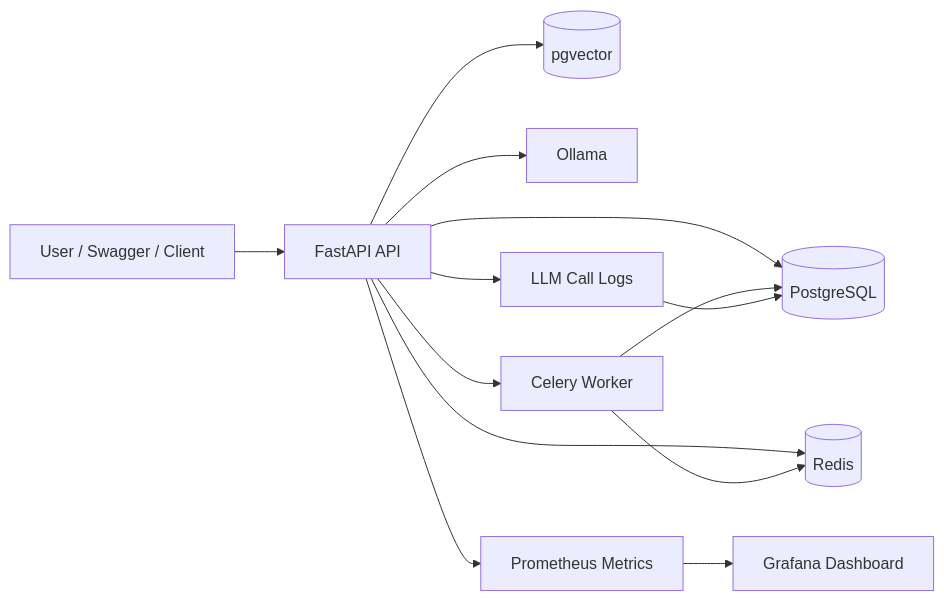
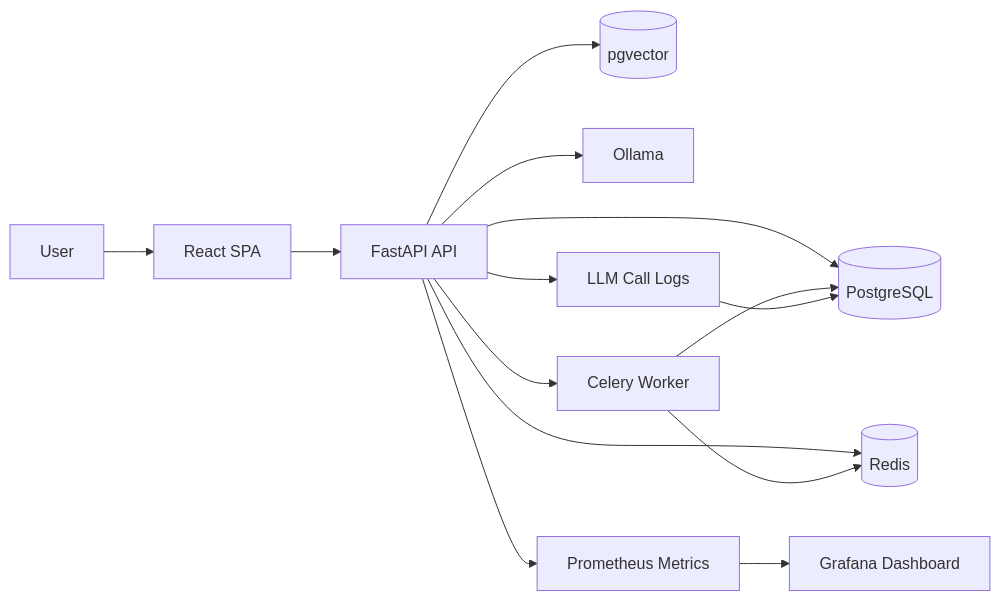
Before and after one commit to idkhgxyy/fastapi_starter: the diagram in README.md, drawn with Mermaid. The commit also changed other lines of this file and 62 other files, not shown here.

First line of the commit message:
feat(frontend): add full React SPA with 8 pages and mock mode

````diff
--- a/README.md
+++ b/README.md
@@ -33,15 +53,16 @@
 ```mermaid
 flowchart LR
-    U[User / Swagger / Client] --> API[FastAPI API]
+    U[User] --> FE[React SPA]
+    FE --> API[FastAPI API]
     API --> DB[(PostgreSQL)]
     API --> V[(pgvector)]
     API --> R[(Redis)]
     API --> O[Ollama]
     API --> P[Prometheus Metrics]
     P --> G[Grafana Dashboard]
     API --> C[Celery Worker]
     C --> DB
     C --> R
     API --> L[LLM Call Logs]
     L --> DB
 ```
````
